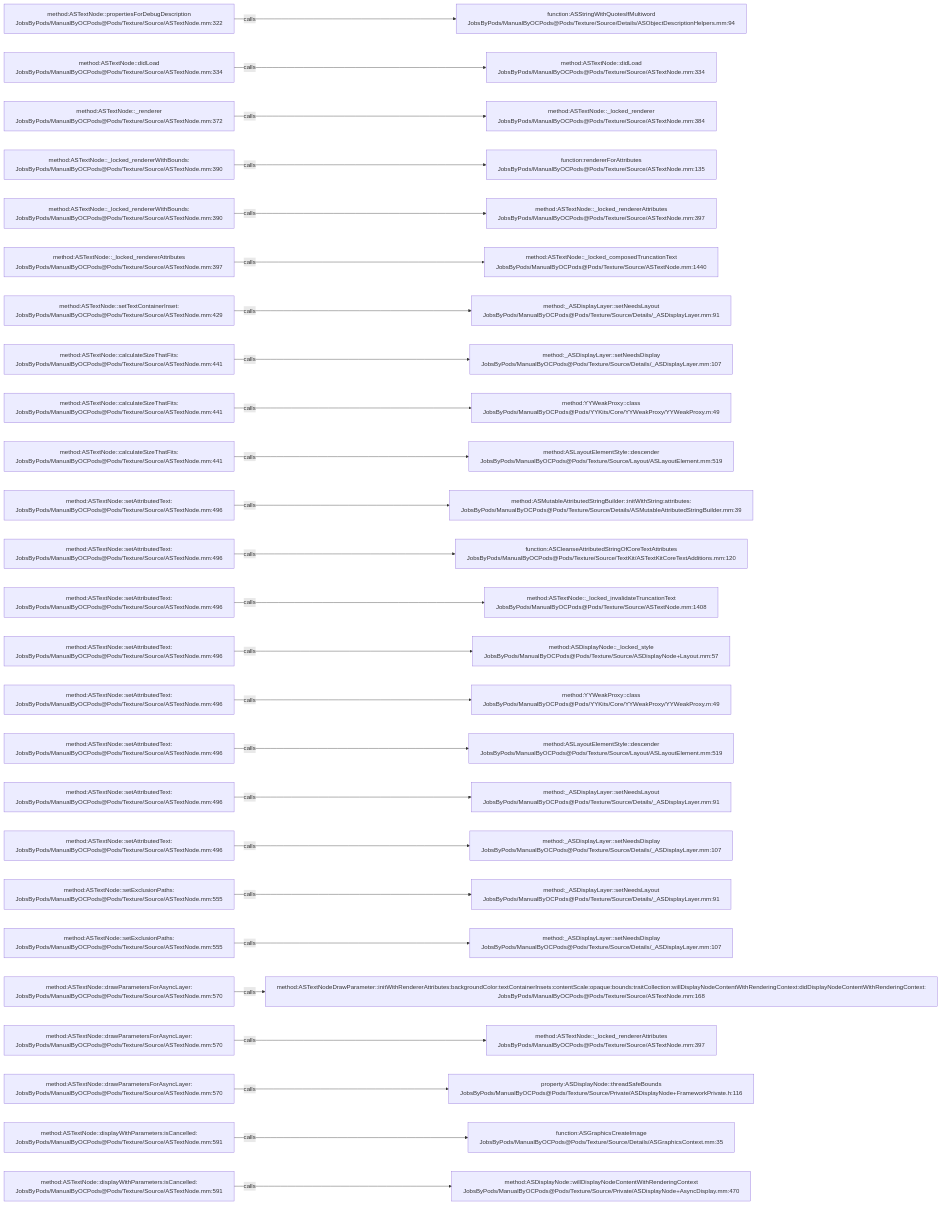
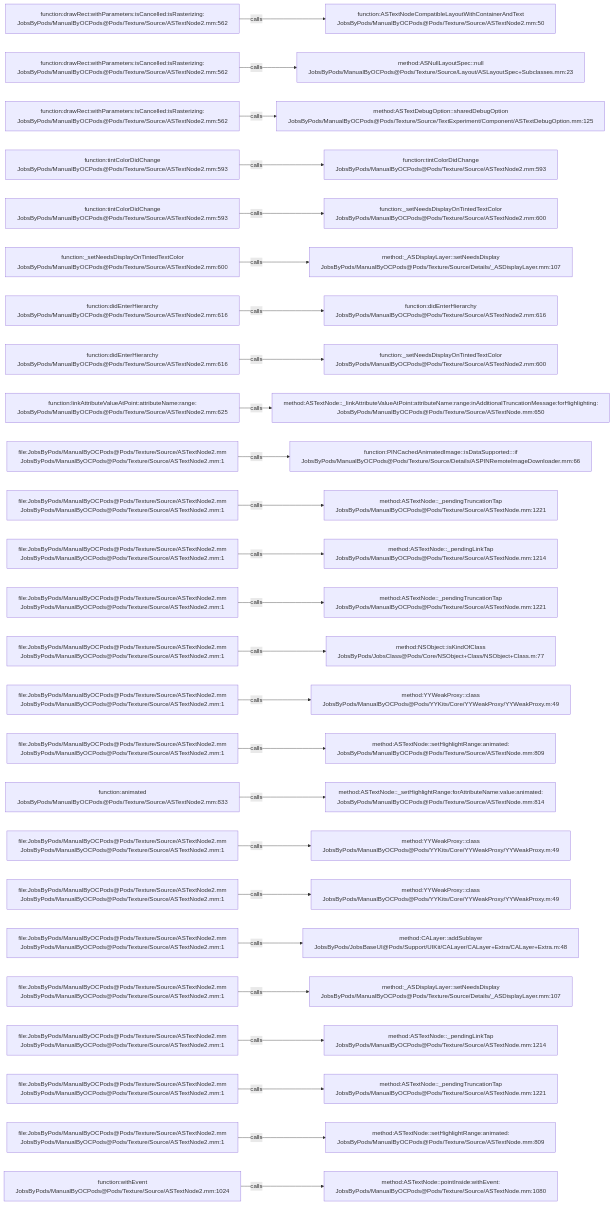
The diagram in .codegraph/codegraph.md/graphs/calls-142.md (JobsKits/JobsOCBaseConfigDemo), drawn with Mermaid before and after one commit. The commit also changed 1223 other files, not shown here.

````diff
--- a/.codegraph/codegraph.md/graphs/calls-142.md
+++ b/.codegraph/codegraph.md/graphs/calls-142.md
@@ -13,78 +13,78 @@
 ```mermaid
 flowchart LR
-  S1["method:ASTextNode::propertiesForDebugDescription<br/>JobsByPods/ManualByOCPods@Pods/Texture/Source/ASTextNode.mm:322"]
-  T1["function:ASStringWithQuotesIfMultiword<br/>JobsByPods/ManualByOCPods@Pods/Texture/Source/Details/ASObjectDescriptionHelpers.mm:94"]
+  S1["function:drawRect:withParameters:isCancelled:isRasterizing:<br/>JobsByPods/ManualByOCPods@Pods/Texture/Source/ASTextNode2.mm:562"]
+  T1["function:ASTextNodeCompatibleLayoutWithContainerAndText<br/>JobsByPods/ManualByOCPods@Pods/Texture/Source/ASTextNode2.mm:50"]
   S1 -->|calls| T1
-  S2["method:ASTextNode::didLoad<br/>JobsByPods/ManualByOCPods@Pods/Texture/Source/ASTextNode.mm:334"]
-  T2["method:ASTextNode::didLoad<br/>JobsByPods/ManualByOCPods@Pods/Texture/Source/ASTextNode.mm:334"]
+  S2["function:drawRect:withParameters:isCancelled:isRasterizing:<br/>JobsByPods/ManualByOCPods@Pods/Texture/Source/ASTextNode2.mm:562"]
+  T2["method:ASNullLayoutSpec::null<br/>JobsByPods/ManualByOCPods@Pods/Texture/Source/Layout/ASLayoutSpec+Subclasses.mm:23"]
   S2 -->|calls| T2
-  S3["method:ASTextNode::_renderer<br/>JobsByPods/ManualByOCPods@Pods/Texture/Source/ASTextNode.mm:372"]
-  T3["method:ASTextNode::_locked_renderer<br/>JobsByPods/ManualByOCPods@Pods/Texture/Source/ASTextNode.mm:384"]
+  S3["function:drawRect:withParameters:isCancelled:isRasterizing:<br/>JobsByPods/ManualByOCPods@Pods/Texture/Source/ASTextNode2.mm:562"]
+  T3["method:ASTextDebugOption::sharedDebugOption<br/>JobsByPods/ManualByOCPods@Pods/Texture/Source/TextExperiment/Component/ASTextDebugOption.mm:125"]
   S3 -->|calls| T3
-  S4["method:ASTextNode::_locked_rendererWithBounds:<br/>JobsByPods/ManualByOCPods@Pods/Texture/Source/ASTextNode.mm:390"]
-  T4["function:rendererForAttributes<br/>JobsByPods/ManualByOCPods@Pods/Texture/Source/ASTextNode.mm:135"]
+  S4["function:tintColorDidChange<br/>JobsByPods/ManualByOCPods@Pods/Texture/Source/ASTextNode2.mm:593"]
+  T4["function:tintColorDidChange<br/>JobsByPods/ManualByOCPods@Pods/Texture/Source/ASTextNode2.mm:593"]
   S4 -->|calls| T4
-  S5["method:ASTextNode::_locked_rendererWithBounds:<br/>JobsByPods/ManualByOCPods@Pods/Texture/Source/ASTextNode.mm:390"]
-  T5["method:ASTextNode::_locked_rendererAttributes<br/>JobsByPods/ManualByOCPods@Pods/Texture/Source/ASTextNode.mm:397"]
+  S5["function:tintColorDidChange<br/>JobsByPods/ManualByOCPods@Pods/Texture/Source/ASTextNode2.mm:593"]
+  T5["function:_setNeedsDisplayOnTintedTextColor<br/>JobsByPods/ManualByOCPods@Pods/Texture/Source/ASTextNode2.mm:600"]
   S5 -->|calls| T5
-  S6["method:ASTextNode::_locked_rendererAttributes<br/>JobsByPods/ManualByOCPods@Pods/Texture/Source/ASTextNode.mm:397"]
-  T6["method:ASTextNode::_locked_composedTruncationText<br/>JobsByPods/ManualByOCPods@Pods/Texture/Source/ASTextNode.mm:1440"]
+  S6["function:_setNeedsDisplayOnTintedTextColor<br/>JobsByPods/ManualByOCPods@Pods/Texture/Source/ASTextNode2.mm:600"]
+  T6["method:_ASDisplayLayer::setNeedsDisplay<br/>JobsByPods/ManualByOCPods@Pods/Texture/Source/Details/_ASDisplayLayer.mm:107"]
   S6 -->|calls| T6
-  S7["method:ASTextNode::setTextContainerInset:<br/>JobsByPods/ManualByOCPods@Pods/Texture/Source/ASTextNode.mm:429"]
-  T7["method:_ASDisplayLayer::setNeedsLayout<br/>JobsByPods/ManualByOCPods@Pods/Texture/Source/Details/_ASDisplayLayer.mm:91"]
+  S7["function:didEnterHierarchy<br/>JobsByPods/ManualByOCPods@Pods/Texture/Source/ASTextNode2.mm:616"]
+  T7["function:didEnterHierarchy<br/>JobsByPods/ManualByOCPods@Pods/Texture/Source/ASTextNode2.mm:616"]
   S7 -->|calls| T7
-  S8["method:ASTextNode::calculateSizeThatFits:<br/>JobsByPods/ManualByOCPods@Pods/Texture/Source/ASTextNode.mm:441"]
-  T8["method:_ASDisplayLayer::setNeedsDisplay<br/>JobsByPods/ManualByOCPods@Pods/Texture/Source/Details/_ASDisplayLayer.mm:107"]
+  S8["function:didEnterHierarchy<br/>JobsByPods/ManualByOCPods@Pods/Texture/Source/ASTextNode2.mm:616"]
+  T8["function:_setNeedsDisplayOnTintedTextColor<br/>JobsByPods/ManualByOCPods@Pods/Texture/Source/ASTextNode2.mm:600"]
   S8 -->|calls| T8
-  S9["method:ASTextNode::calculateSizeThatFits:<br/>JobsByPods/ManualByOCPods@Pods/Texture/Source/ASTextNode.mm:441"]
-  T9["method:YYWeakProxy::class<br/>JobsByPods/ManualByOCPods@Pods/YYKits/Core/YYWeakProxy/YYWeakProxy.m:49"]
+  S9["function:linkAttributeValueAtPoint:attributeName:range:<br/>JobsByPods/ManualByOCPods@Pods/Texture/Source/ASTextNode2.mm:625"]
+  T9["method:ASTextNode::_linkAttributeValueAtPoint:attributeName:range:inAdditionalTruncationMessage:forHighlighting:<br/>JobsByPods/ManualByOCPods@Pods/Texture/Source/ASTextNode.mm:650"]
   S9 -->|calls| T9
-  S10["method:ASTextNode::calculateSizeThatFits:<br/>JobsByPods/ManualByOCPods@Pods/Texture/Source/ASTextNode.mm:441"]
-  T10["method:ASLayoutElementStyle::descender<br/>JobsByPods/ManualByOCPods@Pods/Texture/Source/Layout/ASLayoutElement.mm:519"]
+  S10["file:JobsByPods/ManualByOCPods@Pods/Texture/Source/ASTextNode2.mm<br/>JobsByPods/ManualByOCPods@Pods/Texture/Source/ASTextNode2.mm:1"]
+  T10["function:PINCachedAnimatedImage::isDataSupported:::if<br/>JobsByPods/ManualByOCPods@Pods/Texture/Source/Details/ASPINRemoteImageDownloader.mm:66"]
   S10 -->|calls| T10
-  S11["method:ASTextNode::setAttributedText:<br/>JobsByPods/ManualByOCPods@Pods/Texture/Source/ASTextNode.mm:496"]
-  T11["method:ASMutableAttributedStringBuilder::initWithString:attributes:<br/>JobsByPods/ManualByOCPods@Pods/Texture/Source/Details/ASMutableAttributedStringBuilder.mm:39"]
+  S11["file:JobsByPods/ManualByOCPods@Pods/Texture/Source/ASTextNode2.mm<br/>JobsByPods/ManualByOCPods@Pods/Texture/Source/ASTextNode2.mm:1"]
+  T11["method:ASTextNode::_pendingTruncationTap<br/>JobsByPods/ManualByOCPods@Pods/Texture/Source/ASTextNode.mm:1221"]
   S11 -->|calls| T11
-  S12["method:ASTextNode::setAttributedText:<br/>JobsByPods/ManualByOCPods@Pods/Texture/Source/ASTextNode.mm:496"]
-  T12["function:ASCleanseAttributedStringOfCoreTextAttributes<br/>JobsByPods/ManualByOCPods@Pods/Texture/Source/TextKit/ASTextKitCoreTextAdditions.mm:120"]
+  S12["file:JobsByPods/ManualByOCPods@Pods/Texture/Source/ASTextNode2.mm<br/>JobsByPods/ManualByOCPods@Pods/Texture/Source/ASTextNode2.mm:1"]
+  T12["method:ASTextNode::_pendingLinkTap<br/>JobsByPods/ManualByOCPods@Pods/Texture/Source/ASTextNode.mm:1214"]
   S12 -->|calls| T12
-  S13["method:ASTextNode::setAttributedText:<br/>JobsByPods/ManualByOCPods@Pods/Texture/Source/ASTextNode.mm:496"]
-  T13["method:ASTextNode::_locked_invalidateTruncationText<br/>JobsByPods/ManualByOCPods@Pods/Texture/Source/ASTextNode.mm:1408"]
+  S13["file:JobsByPods/ManualByOCPods@Pods/Texture/Source/ASTextNode2.mm<br/>JobsByPods/ManualByOCPods@Pods/Texture/Source/ASTextNode2.mm:1"]
+  T13["method:ASTextNode::_pendingTruncationTap<br/>JobsByPods/ManualByOCPods@Pods/Texture/Source/ASTextNode.mm:1221"]
   S13 -->|calls| T13
-  S14["method:ASTextNode::setAttributedText:<br/>JobsByPods/ManualByOCPods@Pods/Texture/Source/ASTextNode.mm:496"]
-  T14["method:ASDisplayNode::_locked_style<br/>JobsByPods/ManualByOCPods@Pods/Texture/Source/ASDisplayNode+Layout.mm:57"]
+  S14["file:JobsByPods/ManualByOCPods@Pods/Texture/Source/ASTextNode2.mm<br/>JobsByPods/ManualByOCPods@Pods/Texture/Source/ASTextNode2.mm:1"]
+  T14["method:NSObject::isKindOfClass<br/>JobsByPods/JobsClass@Pods/Core/NSObject+Class/NSObject+Class.m:77"]
   S14 -->|calls| T14
-  S15["method:ASTextNode::setAttributedText:<br/>JobsByPods/ManualByOCPods@Pods/Texture/Source/ASTextNode.mm:496"]
+  S15["file:JobsByPods/ManualByOCPods@Pods/Texture/Source/ASTextNode2.mm<br/>JobsByPods/ManualByOCPods@Pods/Texture/Source/ASTextNode2.mm:1"]
   T15["method:YYWeakProxy::class<br/>JobsByPods/ManualByOCPods@Pods/YYKits/Core/YYWeakProxy/YYWeakProxy.m:49"]
   S15 -->|calls| T15
-  S16["method:ASTextNode::setAttributedText:<br/>JobsByPods/ManualByOCPods@Pods/Texture/Source/ASTextNode.mm:496"]
-  T16["method:ASLayoutElementStyle::descender<br/>JobsByPods/ManualByOCPods@Pods/Texture/Source/Layout/ASLayoutElement.mm:519"]
+  S16["file:JobsByPods/ManualByOCPods@Pods/Texture/Source/ASTextNode2.mm<br/>JobsByPods/ManualByOCPods@Pods/Texture/Source/ASTextNode2.mm:1"]
+  T16["method:ASTextNode::setHighlightRange:animated:<br/>JobsByPods/ManualByOCPods@Pods/Texture/Source/ASTextNode.mm:809"]
   S16 -->|calls| T16
-  S17["method:ASTextNode::setAttributedText:<br/>JobsByPods/ManualByOCPods@Pods/Texture/Source/ASTextNode.mm:496"]
-  T17["method:_ASDisplayLayer::setNeedsLayout<br/>JobsByPods/ManualByOCPods@Pods/Texture/Source/Details/_ASDisplayLayer.mm:91"]
+  S17["function:animated<br/>JobsByPods/ManualByOCPods@Pods/Texture/Source/ASTextNode2.mm:833"]
+  T17["method:ASTextNode::_setHighlightRange:forAttributeName:value:animated:<br/>JobsByPods/ManualByOCPods@Pods/Texture/Source/ASTextNode.mm:814"]
   S17 -->|calls| T17
-  S18["method:ASTextNode::setAttributedText:<br/>JobsByPods/ManualByOCPods@Pods/Texture/Source/ASTextNode.mm:496"]
-  T18["method:_ASDisplayLayer::setNeedsDisplay<br/>JobsByPods/ManualByOCPods@Pods/Texture/Source/Details/_ASDisplayLayer.mm:107"]
+  S18["file:JobsByPods/ManualByOCPods@Pods/Texture/Source/ASTextNode2.mm<br/>JobsByPods/ManualByOCPods@Pods/Texture/Source/ASTextNode2.mm:1"]
+  T18["method:YYWeakProxy::class<br/>JobsByPods/ManualByOCPods@Pods/YYKits/Core/YYWeakProxy/YYWeakProxy.m:49"]
   S18 -->|calls| T18
-  S19["method:ASTextNode::setExclusionPaths:<br/>JobsByPods/ManualByOCPods@Pods/Texture/Source/ASTextNode.mm:555"]
-  T19["method:_ASDisplayLayer::setNeedsLayout<br/>JobsByPods/ManualByOCPods@Pods/Texture/Source/Details/_ASDisplayLayer.mm:91"]
+  S19["file:JobsByPods/ManualByOCPods@Pods/Texture/Source/ASTextNode2.mm<br/>JobsByPods/ManualByOCPods@Pods/Texture/Source/ASTextNode2.mm:1"]
+  T19["method:YYWeakProxy::class<br/>JobsByPods/ManualByOCPods@Pods/YYKits/Core/YYWeakProxy/YYWeakProxy.m:49"]
   S19 -->|calls| T19
-  S20["method:ASTextNode::setExclusionPaths:<br/>JobsByPods/ManualByOCPods@Pods/Texture/Source/ASTextNode.mm:555"]
-  T20["method:_ASDisplayLayer::setNeedsDisplay<br/>JobsByPods/ManualByOCPods@Pods/Texture/Source/Details/_ASDisplayLayer.mm:107"]
+  S20["file:JobsByPods/ManualByOCPods@Pods/Texture/Source/ASTextNode2.mm<br/>JobsByPods/ManualByOCPods@Pods/Texture/Source/ASTextNode2.mm:1"]
+  T20["method:CALayer::addSublayer<br/>JobsByPods/JobsBaseUI@Pods/Support/UIKit/CALayer/CALayer+Extra/CALayer+Extra.m:48"]
   S20 -->|calls| T20
-  S21["method:ASTextNode::drawParametersForAsyncLayer:<br/>JobsByPods/ManualByOCPods@Pods/Texture/Source/ASTextNode.mm:570"]
-  T21["method:ASTextNodeDrawParameter::initWithRendererAttributes:backgroundColor:textContainerInsets:contentScale:opaque:bounds:traitCollection:willDisplayNodeContentWithRenderingContext:didDisplayNodeContentWithRenderingContext:<br/>JobsByPods/ManualByOCPods@Pods/Texture/Source/ASTextNode.mm:168"]
+  S21["file:JobsByPods/ManualByOCPods@Pods/Texture/Source/ASTextNode2.mm<br/>JobsByPods/ManualByOCPods@Pods/Texture/Source/ASTextNode2.mm:1"]
+  T21["method:_ASDisplayLayer::setNeedsDisplay<br/>JobsByPods/ManualByOCPods@Pods/Texture/Source/Details/_ASDisplayLayer.mm:107"]
   S21 -->|calls| T21
-  S22["method:ASTextNode::drawParametersForAsyncLayer:<br/>JobsByPods/ManualByOCPods@Pods/Texture/Source/ASTextNode.mm:570"]
-  T22["method:ASTextNode::_locked_rendererAttributes<br/>JobsByPods/ManualByOCPods@Pods/Texture/Source/ASTextNode.mm:397"]
+  S22["file:JobsByPods/ManualByOCPods@Pods/Texture/Source/ASTextNode2.mm<br/>JobsByPods/ManualByOCPods@Pods/Texture/Source/ASTextNode2.mm:1"]
+  T22["method:ASTextNode::_pendingLinkTap<br/>JobsByPods/ManualByOCPods@Pods/Texture/Source/ASTextNode.mm:1214"]
   S22 -->|calls| T22
-  S23["method:ASTextNode::drawParametersForAsyncLayer:<br/>JobsByPods/ManualByOCPods@Pods/Texture/Source/ASTextNode.mm:570"]
-  T23["property:ASDisplayNode::threadSafeBounds<br/>JobsByPods/ManualByOCPods@Pods/Texture/Source/Private/ASDisplayNode+FrameworkPrivate.h:116"]
+  S23["file:JobsByPods/ManualByOCPods@Pods/Texture/Source/ASTextNode2.mm<br/>JobsByPods/ManualByOCPods@Pods/Texture/Source/ASTextNode2.mm:1"]
+  T23["method:ASTextNode::_pendingTruncationTap<br/>JobsByPods/ManualByOCPods@Pods/Texture/Source/ASTextNode.mm:1221"]
   S23 -->|calls| T23
-  S24["method:ASTextNode::displayWithParameters:isCancelled:<br/>JobsByPods/ManualByOCPods@Pods/Texture/Source/ASTextNode.mm:591"]
-  T24["function:ASGraphicsCreateImage<br/>JobsByPods/ManualByOCPods@Pods/Texture/Source/Details/ASGraphicsContext.mm:35"]
+  S24["file:JobsByPods/ManualByOCPods@Pods/Texture/Source/ASTextNode2.mm<br/>JobsByPods/ManualByOCPods@Pods/Texture/Source/ASTextNode2.mm:1"]
+  T24["method:ASTextNode::setHighlightRange:animated:<br/>JobsByPods/ManualByOCPods@Pods/Texture/Source/ASTextNode.mm:809"]
   S24 -->|calls| T24
-  S25["method:ASTextNode::displayWithParameters:isCancelled:<br/>JobsByPods/ManualByOCPods@Pods/Texture/Source/ASTextNode.mm:591"]
-  T25["method:ASDisplayNode::willDisplayNodeContentWithRenderingContext<br/>JobsByPods/ManualByOCPods@Pods/Texture/Source/Private/ASDisplayNode+AsyncDisplay.mm:470"]
+  S25["function:withEvent<br/>JobsByPods/ManualByOCPods@Pods/Texture/Source/ASTextNode2.mm:1024"]
+  T25["method:ASTextNode::pointInside:withEvent:<br/>JobsByPods/ManualByOCPods@Pods/Texture/Source/ASTextNode.mm:1080"]
   S25 -->|calls| T25
 ```
````
